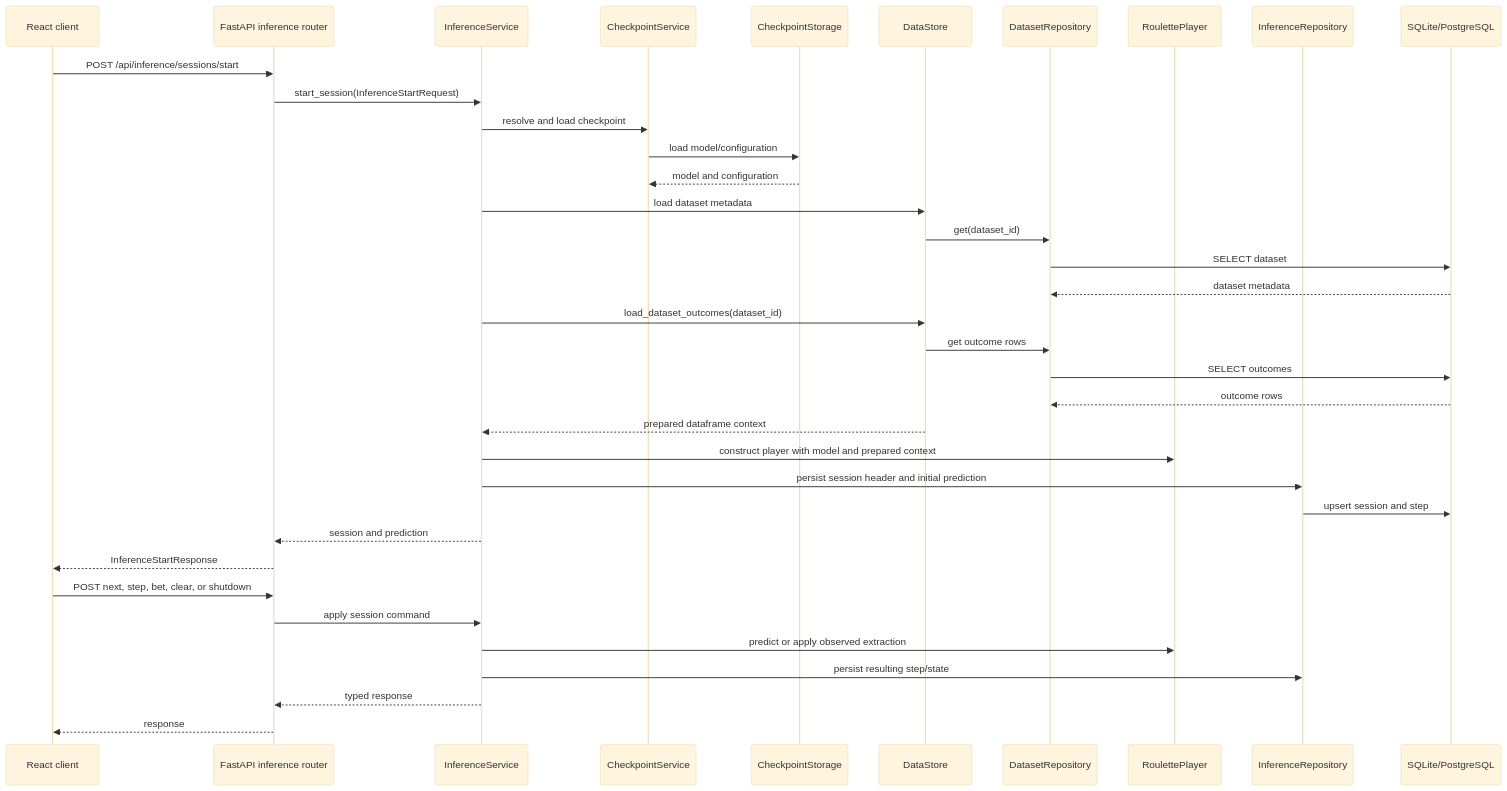
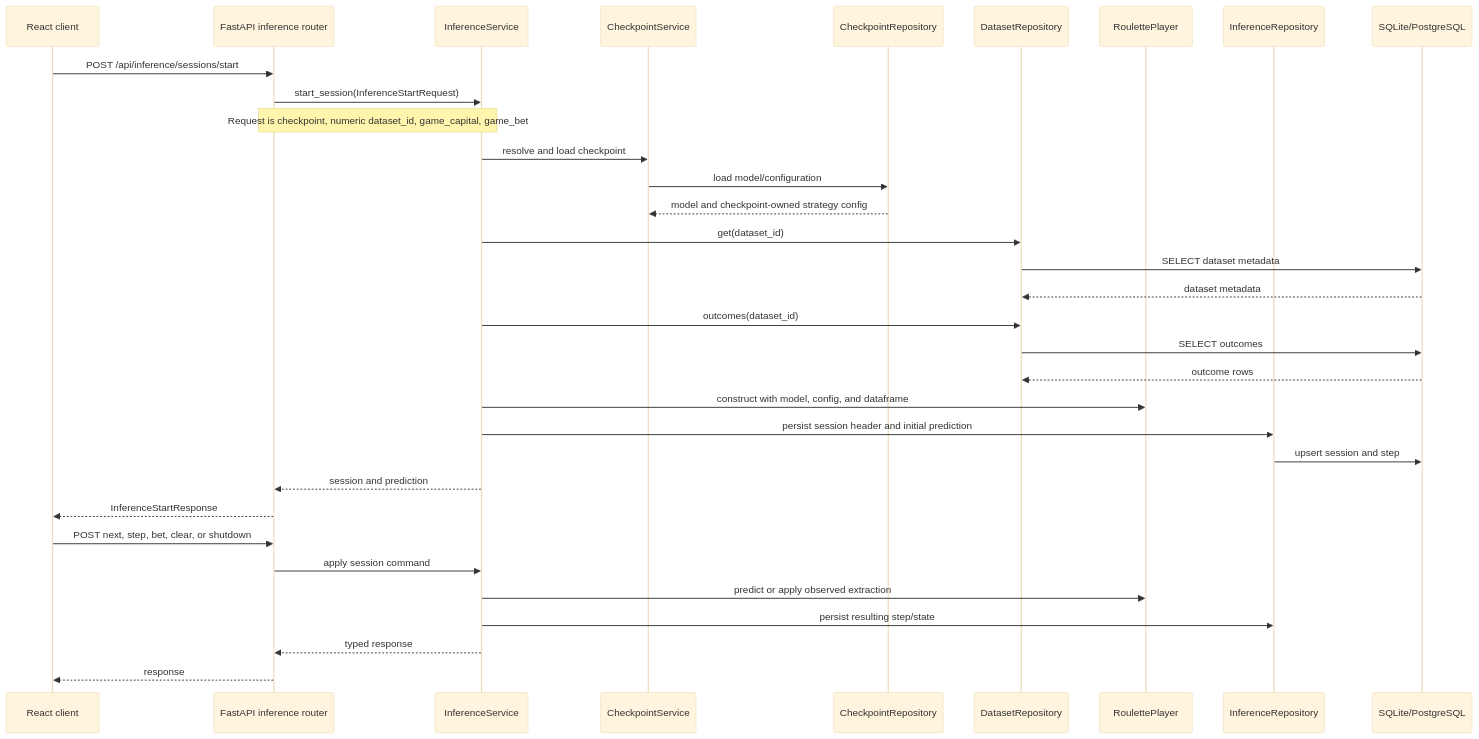
One commit to CTCycle/FAIRS-Roulette-Player changed the third of 4 diagrams in assets/docs/architecture/execution_and_data_flow.md. Above: the diagram before and after it, drawn with Mermaid (base theme). The commit also changed other lines of this file and 19 other files, not shown here.

````diff
--- a/assets/docs/architecture/execution_and_data_flow.md
+++ b/assets/docs/architecture/execution_and_data_flow.md
@@ -154,39 +120,36 @@
 ```mermaid
 sequenceDiagram
     participant Client as React client
     participant API as FastAPI inference router
     participant Service as InferenceService
     participant Checkpoint as CheckpointService
-    participant Model as CheckpointStorage
-    participant Data as DataStore
+    participant Model as CheckpointRepository
     participant Dataset as DatasetRepository
     participant Player as RoulettePlayer
     participant Repo as InferenceRepository
     participant DB as SQLite/PostgreSQL
 
     Client->>API: POST /api/inference/sessions/start
     API->>Service: start_session(InferenceStartRequest)
+    Note over API,Service: Request is checkpoint, numeric dataset_id, game_capital, game_bet
     Service->>Checkpoint: resolve and load checkpoint
     Checkpoint->>Model: load model/configuration
-    Model-->>Checkpoint: model and configuration
-    Service->>Data: load dataset metadata
-    Data->>Dataset: get(dataset_id)
-    Dataset->>DB: SELECT dataset
+    Model-->>Checkpoint: model and checkpoint-owned strategy config
+    Service->>Dataset: get(dataset_id)
+    Dataset->>DB: SELECT dataset metadata
     DB-->>Dataset: dataset metadata
-    Service->>Data: load_dataset_outcomes(dataset_id)
-    Data->>Dataset: get outcome rows
+    Service->>Dataset: outcomes(dataset_id)
     Dataset->>DB: SELECT outcomes
     DB-->>Dataset: outcome rows
-    Data-->>Service: prepared dataframe context
-    Service->>Player: construct player with model and prepared context
+    Service->>Player: construct with model, config, and dataframe
     Service->>Repo: persist session header and initial prediction
     Repo->>DB: upsert session and step
     Service-->>API: session and prediction
     API-->>Client: InferenceStartResponse
     Client->>API: POST next, step, bet, clear, or shutdown
     API->>Service: apply session command
     Service->>Player: predict or apply observed extraction
     Service->>Repo: persist resulting step/state
     Service-->>API: typed response
     API-->>Client: response
 ```
````
